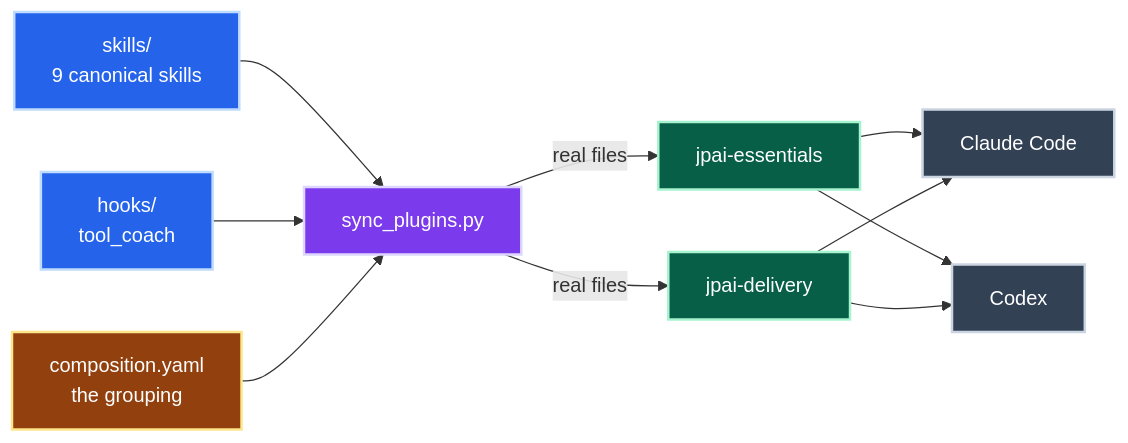
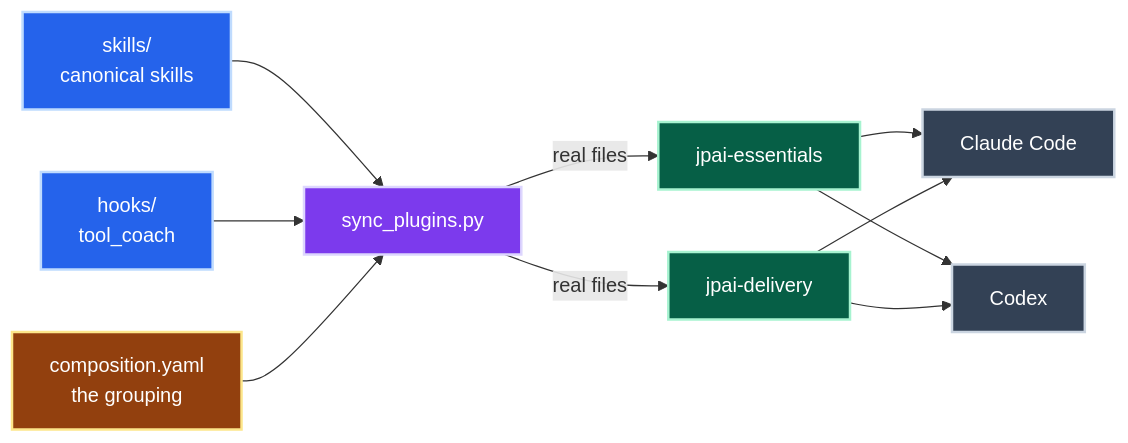
The first of 2 diagrams in README.md (jpeakai/skills), drawn with Mermaid before and after one commit. The commit also changed other lines of this file and 118 other files, not shown here.

````diff
--- a/README.md
+++ b/README.md
@@ -124,27 +125,27 @@
 ```mermaid
 flowchart LR
-    SK["skills/<br/>9 canonical skills"]:::src
+    SK["skills/<br/>canonical skills"]:::src
     HK["hooks/<br/>tool_coach"]:::src
     CF["composition.yaml<br/>the grouping"]:::cfg
     SY["sync_plugins.py"]:::proc
     ES["jpai-essentials"]:::pack
     DL["jpai-delivery"]:::pack
     CC["Claude Code"]:::host
     CX["Codex"]:::host
 
     SK --> SY
     HK --> SY
     CF --> SY
     SY -->|real files| ES
     SY -->|real files| DL
     ES --> CC
     ES --> CX
     DL --> CC
     DL --> CX
 
     classDef src   fill:#2563eb,stroke:#bfdbfe,color:#ffffff,stroke-width:2px
     classDef cfg   fill:#92400e,stroke:#fde68a,color:#ffffff,stroke-width:2px
     classDef proc  fill:#7c3aed,stroke:#ddd6fe,color:#ffffff,stroke-width:2px
     classDef pack  fill:#065f46,stroke:#a7f3d0,color:#ffffff,stroke-width:2px
     classDef host  fill:#334155,stroke:#cbd5e1,color:#ffffff,stroke-width:2px
 ```
````
